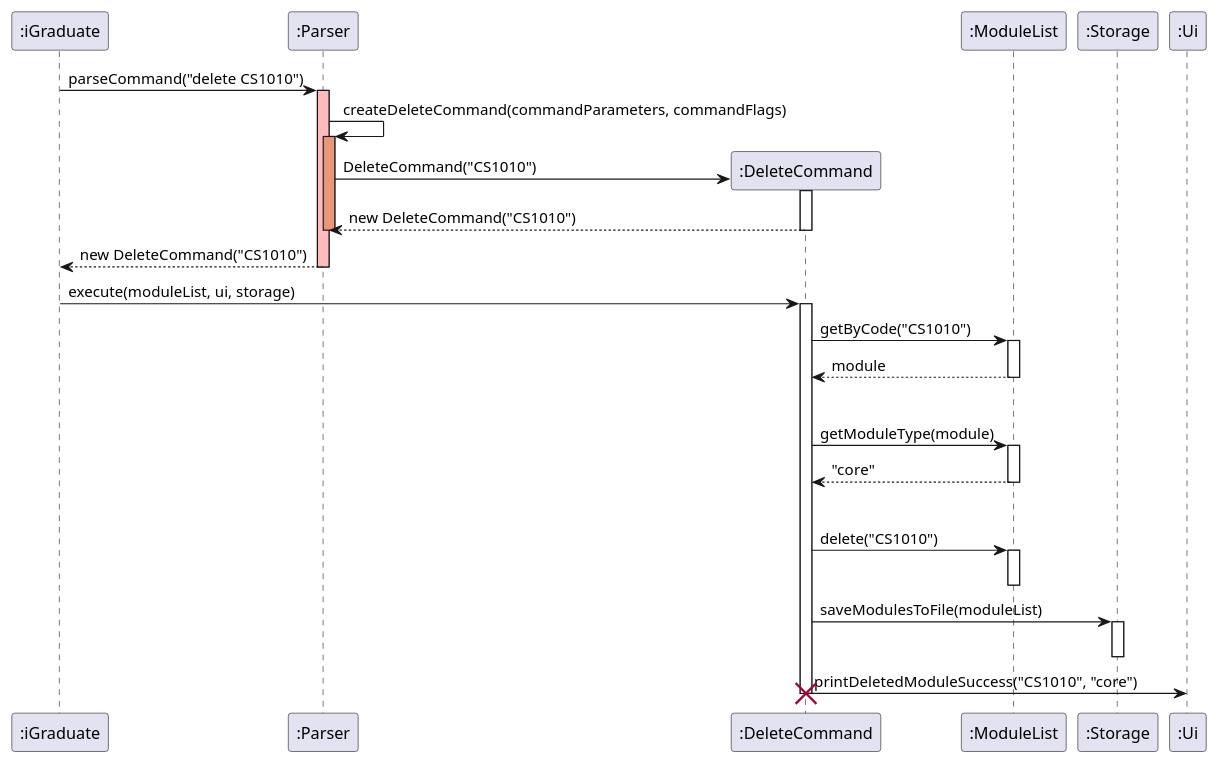
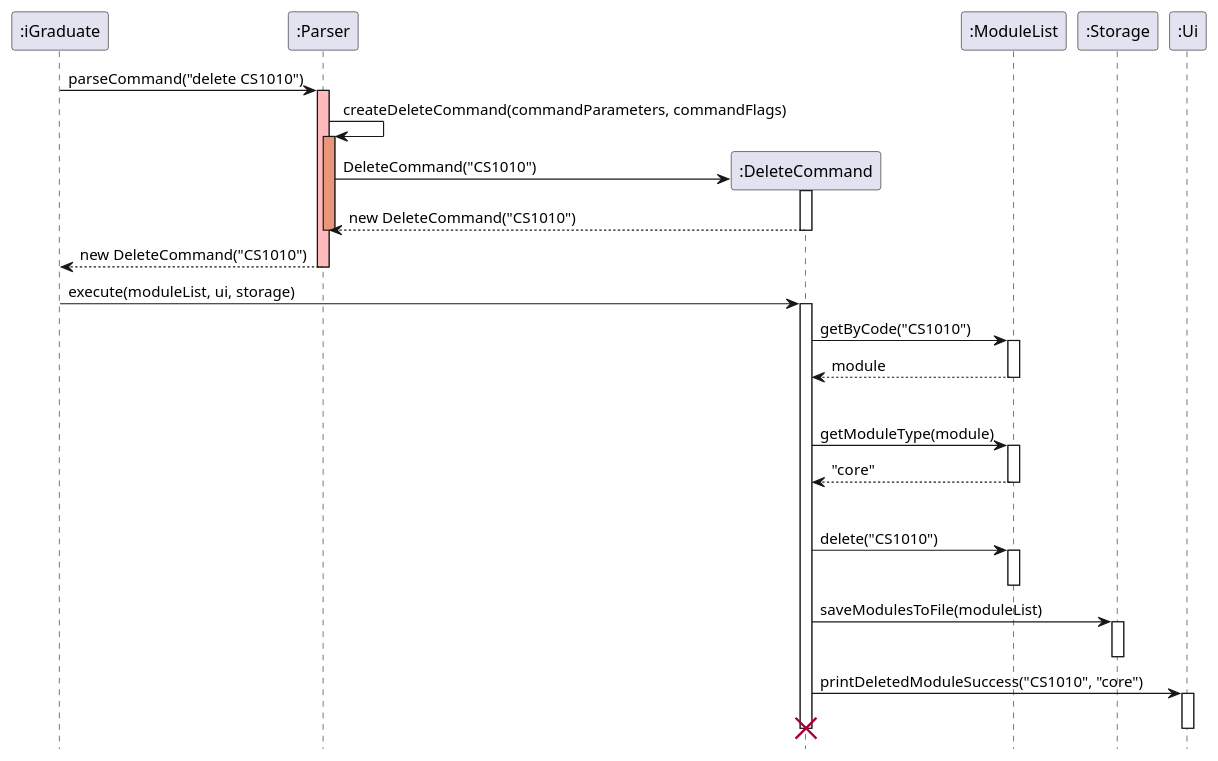
The diagram in docs/diagrams/DeleteCommandSequenceDiagram.puml (oscarlai1998/tp), drawn with PlantUML before and after one commit. The commit also changed 19 other files, not shown here.

Commit message:
Modify sequence diagrams and captions of DG

```diff
--- a/docs/diagrams/DeleteCommandSequenceDiagram.puml
+++ b/docs/diagrams/DeleteCommandSequenceDiagram.puml
@@ -1,51 +1,56 @@
 @startuml
+hide footbox
+
 participant ":iGraduate" as iGraduate
 participant ":Parser" as Parser
 participant ":DeleteCommand" as DeleteCommand
 participant ":ModuleList" as ModuleList
 participant ":Storage" as Storage
 participant ":Ui" as Ui
 
 iGraduate -> Parser: parseCommand("delete CS1010")
 activate Parser #FFBBBB
 
 Parser -> Parser: createDeleteCommand(commandParameters, commandFlags)
 activate Parser #DarkSalmon
 
 create DeleteCommand
 Parser -> DeleteCommand: DeleteCommand("CS1010")
 activate DeleteCommand
 DeleteCommand --> Parser: new DeleteCommand("CS1010")
 deactivate DeleteCommand
 deactivate Parser
 
 Parser --> iGraduate: new DeleteCommand("CS1010")
 deactivate Parser
 
 iGraduate -> DeleteCommand: execute(moduleList, ui, storage)
 activate DeleteCommand
 
 DeleteCommand -> ModuleList: getByCode("CS1010")
 activate ModuleList
 ModuleList --> DeleteCommand: module
 deactivate ModuleList
 
 ModuleList -[hidden]-> ModuleList
 DeleteCommand -> ModuleList: getModuleType(module)
 activate ModuleList
 ModuleList --> DeleteCommand: "core"
 deactivate ModuleList
 
 ModuleList -[hidden]-> ModuleList
 DeleteCommand -> ModuleList: delete("CS1010")
 activate ModuleList
 deactivate ModuleList
 
 DeleteCommand -> Storage: saveModulesToFile(moduleList)
 activate Storage
 deactivate Storage
 
 DeleteCommand -> Ui: printDeletedModuleSuccess("CS1010", "core")
+activate Ui
+deactivate Ui
+
 deactivate DeleteCommand
 destroy DeleteCommand
 @enduml
```
